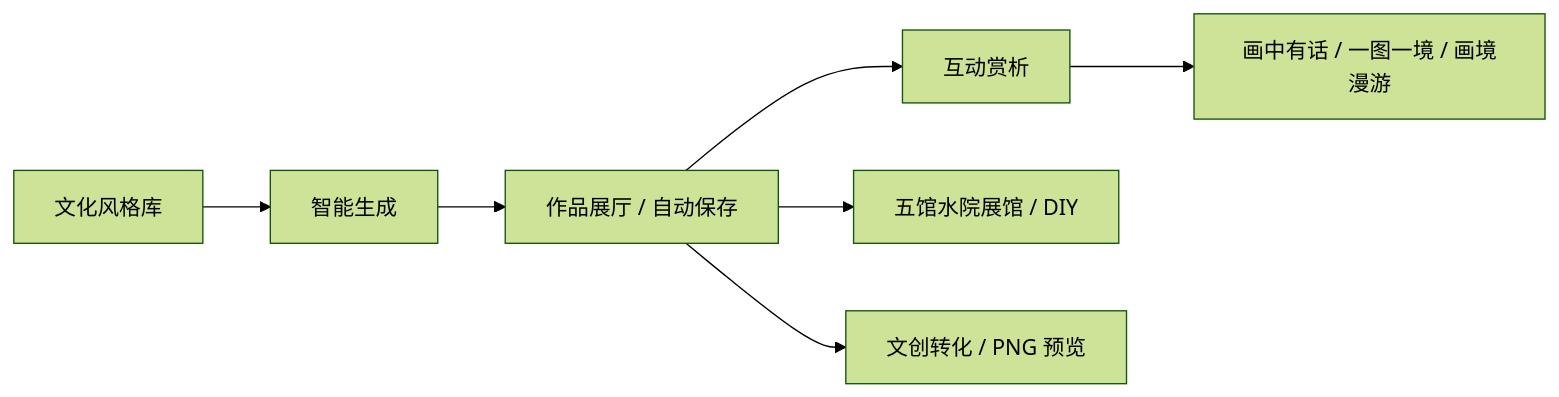
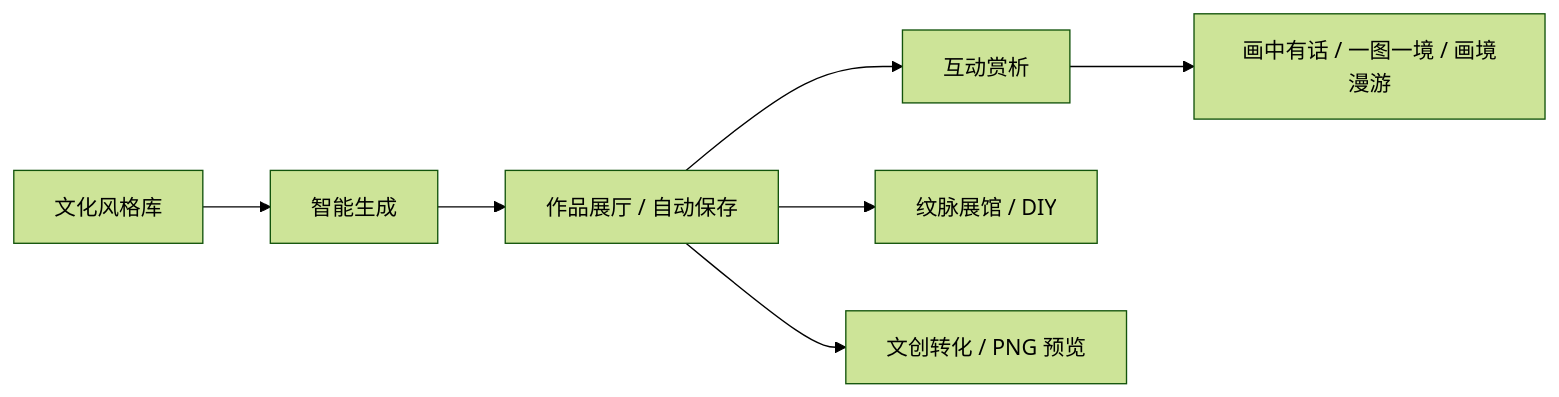
Before and after one commit to 3331083641-prog/wenmai-huazhang: the first of 2 diagrams in README.md, drawn with Mermaid (forest theme). The commit also changed other lines of this file and 26 other files, not shown here.

````diff
--- a/README.md
+++ b/README.md
@@ -23,9 +23,9 @@
 ```mermaid
 flowchart LR
   A[文化风格库] --> B[智能生成]
   B --> C[作品展厅 / 自动保存]
   C --> D[互动赏析]
   D --> H[画中有话 / 一图一境 / 画境漫游]
-  C --> E[五馆水院展馆 / DIY]
+  C --> E[纹脉展馆 / DIY]
   C --> F[文创转化 / PNG 预览]
 ```
````
